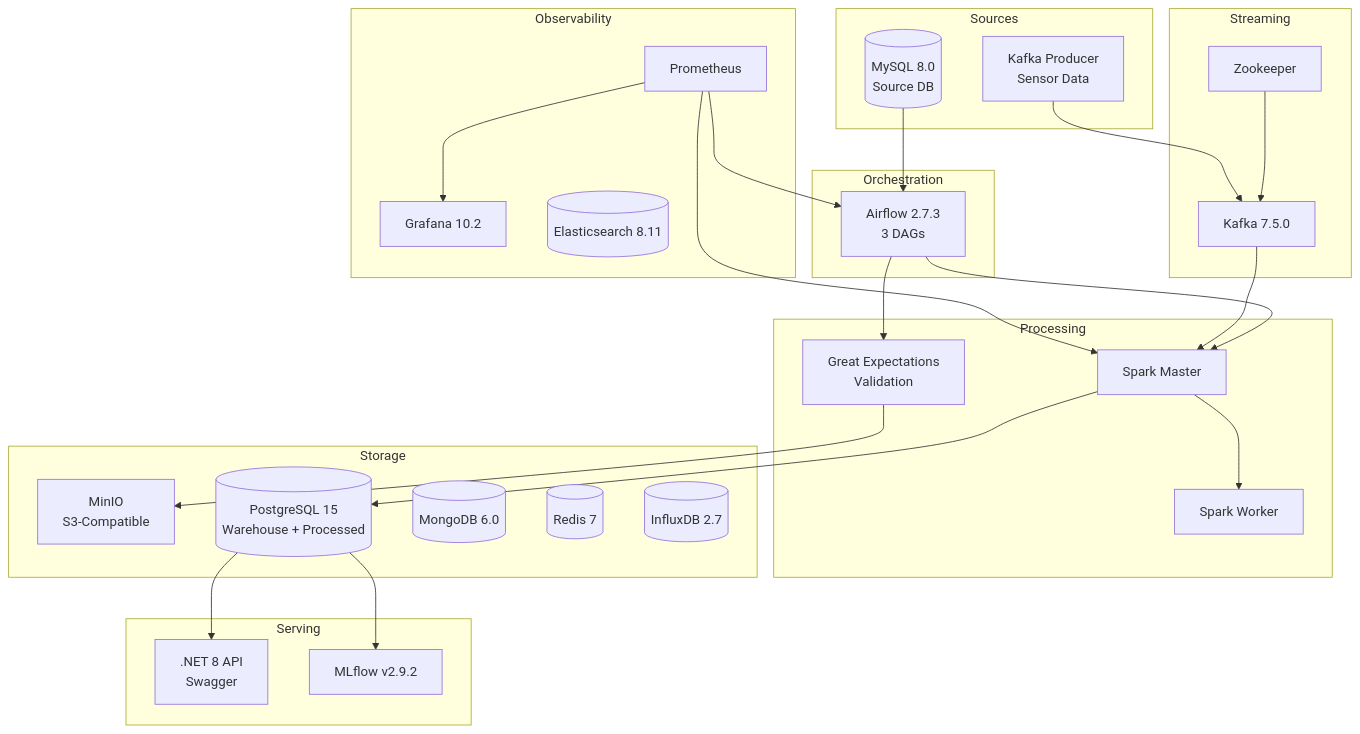
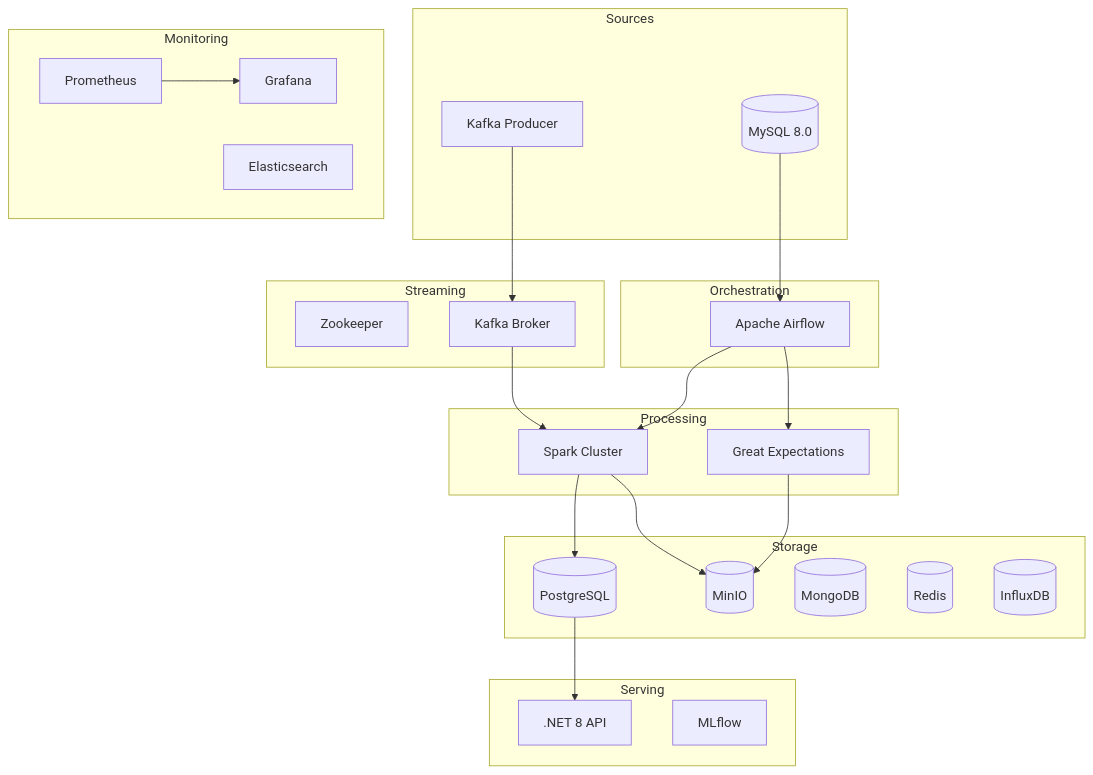
One commit to Vikram-Kumar-Parmar/End-to-End-Data-Pipeline-master changed the diagram in README.md. Above: the diagram before and after it, drawn with Mermaid. The commit also changed other lines of this file, not shown here.

````diff
--- a/README.md
+++ b/README.md
@@ -55,49 +105,51 @@
 ```mermaid
 graph TB
     subgraph Sources
-        MYSQL[(MySQL 8.0<br/>Source DB)]
-        KP[Kafka Producer<br/>Sensor Data]
+        MYSQL[(MySQL 8.0)]
+        KAFKA_PROD[Kafka Producer]
     end
 
     subgraph Orchestration
-        AF[Airflow 2.7.3<br/>3 DAGs]
+        AF[Apache Airflow]
     end
 
     subgraph Streaming
-        ZK[Zookeeper] --> KAFKA[Kafka 7.5.0]
-        KP --> KAFKA
+        ZK[Zookeeper]
+        KAFKA[Kafka Broker]
     end
 
     subgraph Processing
-        GE[Great Expectations<br/>Validation]
-        SM[Spark Master] --> SW[Spark Worker]
+        SPARK[Spark Cluster]
+        GE[Great Expectations]
     end
 
     subgraph Storage
-        MINIO[MinIO<br/>S3-Compatible]
-        PG[(PostgreSQL 15<br/>Warehouse + Processed)]
-        MONGO[(MongoDB 6.0)]
-        REDIS[(Redis 7)]
-        INFLUX[(InfluxDB 2.7)]
+        PG[(PostgreSQL)]
+        MINIO[(MinIO)]
+        MONGO[(MongoDB)]
+        REDIS[(Redis)]
+        INFLUX[(InfluxDB)]
     end
 
     subgraph Serving
-        API[.NET 8 API<br/>Swagger]
-        MLFLOW[MLflow v2.9.2]
+        API[.NET 8 API]
+        MLFLOW[MLflow]
     end
 
-    subgraph Observability
-        PROM[Prometheus] --> GRAF[Grafana 10.2]
-        ES[(Elasticsearch 8.11)]
+    subgraph Monitoring
+        PROM[Prometheus]
+        GRAF[Grafana]
+        ES[Elasticsearch]
     end
 
     MYSQL --> AF
-    AF --> GE --> MINIO
-    AF --> SM
-    SM --> PG
-    KAFKA --> SM
+    AF --> GE
+    GE --> MINIO
+    AF --> SPARK
+    KAFKA_PROD --> KAFKA
+    KAFKA --> SPARK
+    SPARK --> PG
+    SPARK --> MINIO
     PG --> API
-    PG --> MLFLOW
-    PROM --> AF
-    PROM --> SM
+    PROM --> GRAF
 ```
````
